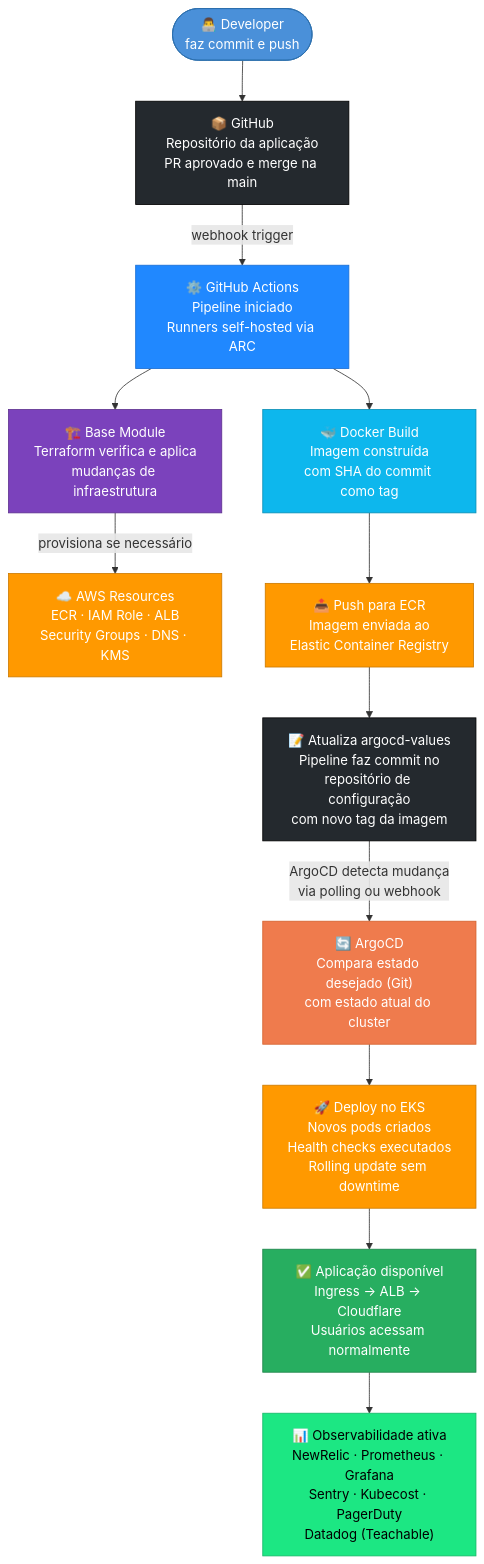
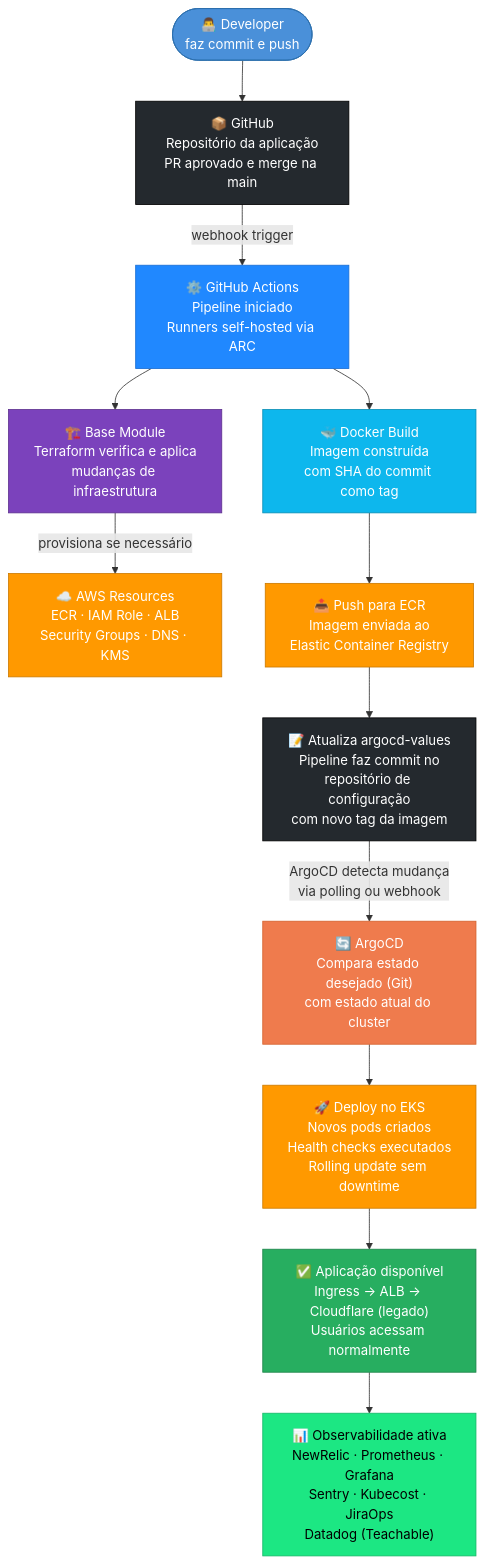
Before and after one commit to projetos-marcoribeiro/devops-onboarding: the first of 2 diagrams in diagrams/deployment-flow.md, drawn with Mermaid. The commit also changed other lines of this file and 14 other files, not shown here.

Commit message:
fix: limpeza completa - PagerDuty substituido por JiraOps em 12 arquivos, Cloudflare marcado como legado em diagramas e checklists

````diff
--- a/diagrams/deployment-flow.md
+++ b/diagrams/deployment-flow.md
@@ -20,43 +20,43 @@
 ```mermaid
 flowchart TD
     A(["👨‍💻 Developer\nfaz commit e push"]) --> B
 
     B["📦 GitHub\nRepositório da aplicação\nPR aprovado e merge na main"]
 
     B -->|"webhook trigger"| C
 
     C["⚙️ GitHub Actions\nPipeline iniciado\nRunners self-hosted via ARC"]
 
     C --> D["🏗️ Base Module\nTerraform verifica e aplica\nmudanças de infraestrutura"]
 
     D -->|"provisiona se necessário"| E["☁️ AWS Resources\nECR · IAM Role · ALB\nSecurity Groups · DNS · KMS"]
 
     C --> F["🐳 Docker Build\nImagem construída\ncom SHA do commit como tag"]
 
     F --> G["📤 Push para ECR\nImagem enviada ao\nElastic Container Registry"]
 
     G --> H["📝 Atualiza argocd-values\nPipeline faz commit no\nrepositório de configuração\ncom novo tag da imagem"]
 
     H -->|"ArgoCD detecta mudança\nvia polling ou webhook"| I
 
     I["🔄 ArgoCD\nCompara estado desejado (Git)\ncom estado atual do cluster"]
 
     I --> J["🚀 Deploy no EKS\nNovos pods criados\nHealth checks executados\nRolling update sem downtime"]
 
-    J --> K["✅ Aplicação disponível\nIngress → ALB → Cloudflare\nUsuários acessam normalmente"]
+    J --> K["✅ Aplicação disponível\nIngress → ALB → Cloudflare (legado)\nUsuários acessam normalmente"]
 
-    K --> L["📊 Observabilidade ativa\nNewRelic · Prometheus · Grafana\nSentry · Kubecost · PagerDuty\nDatadog (Teachable)"]
+    K --> L["📊 Observabilidade ativa\nNewRelic · Prometheus · Grafana\nSentry · Kubecost · JiraOps\nDatadog (Teachable)"]
 
     style A fill:#4A90D9,color:#fff,stroke:#2c6fad
     style B fill:#24292E,color:#fff,stroke:#000
     style C fill:#2088FF,color:#fff,stroke:#1a6fd4
     style D fill:#7B42BC,color:#fff,stroke:#5e3190
     style E fill:#FF9900,color:#fff,stroke:#cc7a00
     style F fill:#0db7ed,color:#fff,stroke:#0a8fb5
     style G fill:#FF9900,color:#fff,stroke:#cc7a00
     style H fill:#24292E,color:#fff,stroke:#000
     style I fill:#EF7B4D,color:#fff,stroke:#d4622e
     style J fill:#FF9900,color:#fff,stroke:#cc7a00
     style K fill:#27AE60,color:#fff,stroke:#1e8449
     style L fill:#1CE783,color:#000,stroke:#17b869
 ```
````
